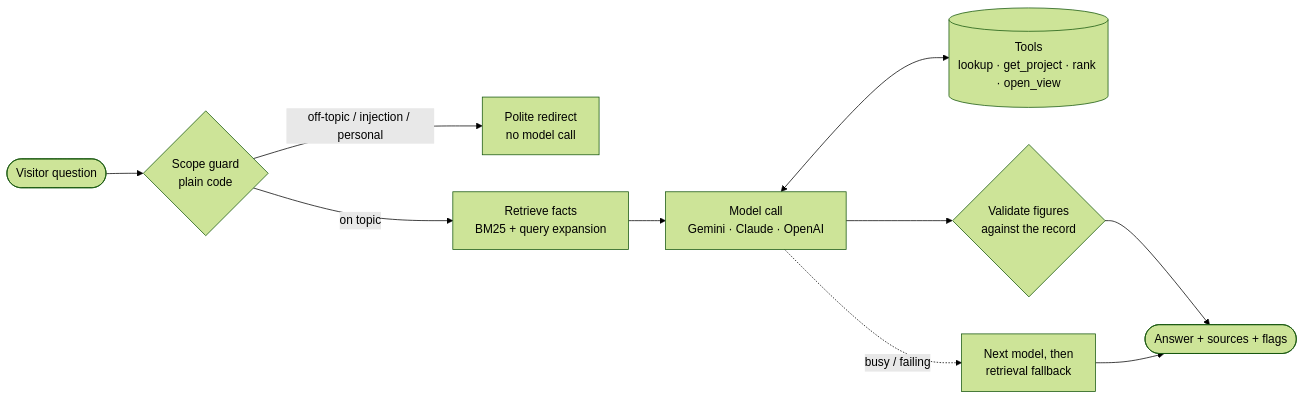
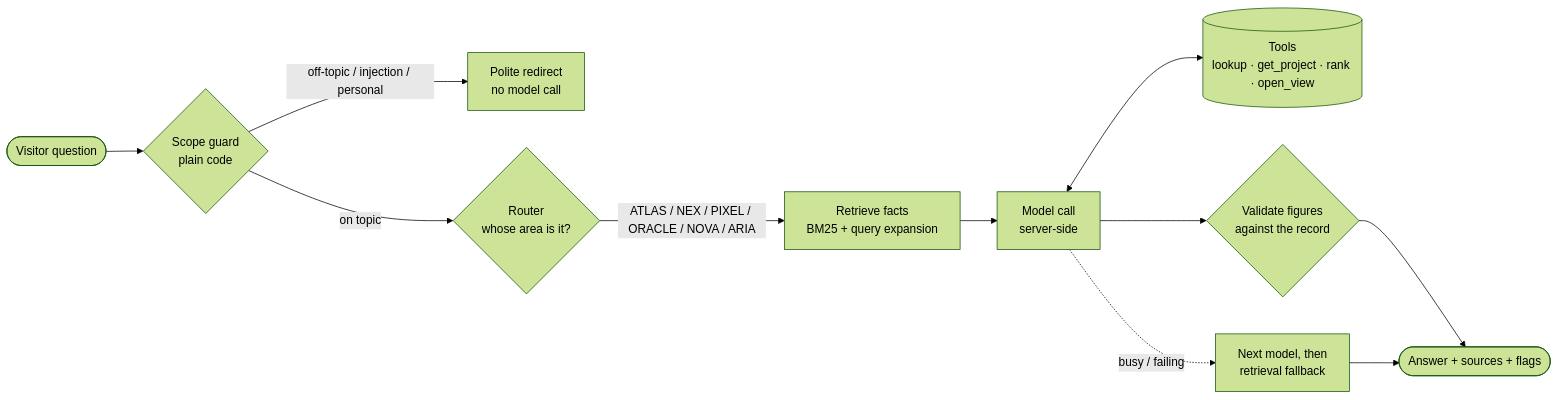
The first of 2 diagrams in README.md (arshdeepsingh11/arsh), drawn with Mermaid (forest theme) before and after one commit. The commit also changed other lines of this file and 18 other files, not shown here.

````diff
--- a/README.md
+++ b/README.md
@@ -71,12 +71,13 @@
 ```mermaid
 flowchart LR
   Q([Visitor question]) --> G{Scope guard<br/>plain code}
   G -- off-topic / injection / personal --> R1[Polite redirect<br/>no model call]
-  G -- on topic --> S[Retrieve facts<br/>BM25 + query expansion]
-  S --> M[Model call<br/>Gemini · Claude · OpenAI]
+  G -- on topic --> W{Router<br/>whose area is it?}
+  W -- ATLAS / NEX / PIXEL / ORACLE / NOVA / ARIA --> S[Retrieve facts<br/>BM25 + query expansion]
+  S --> M[Model call<br/>server-side]
   M <--> T[(Tools<br/>lookup · get_project · rank · open_view)]
   M --> V{Validate figures<br/>against the record}
   V --> A([Answer + sources + flags])
   M -. busy / failing .-> F[Next model, then<br/>retrieval fallback]
   F --> A
 ```
````
